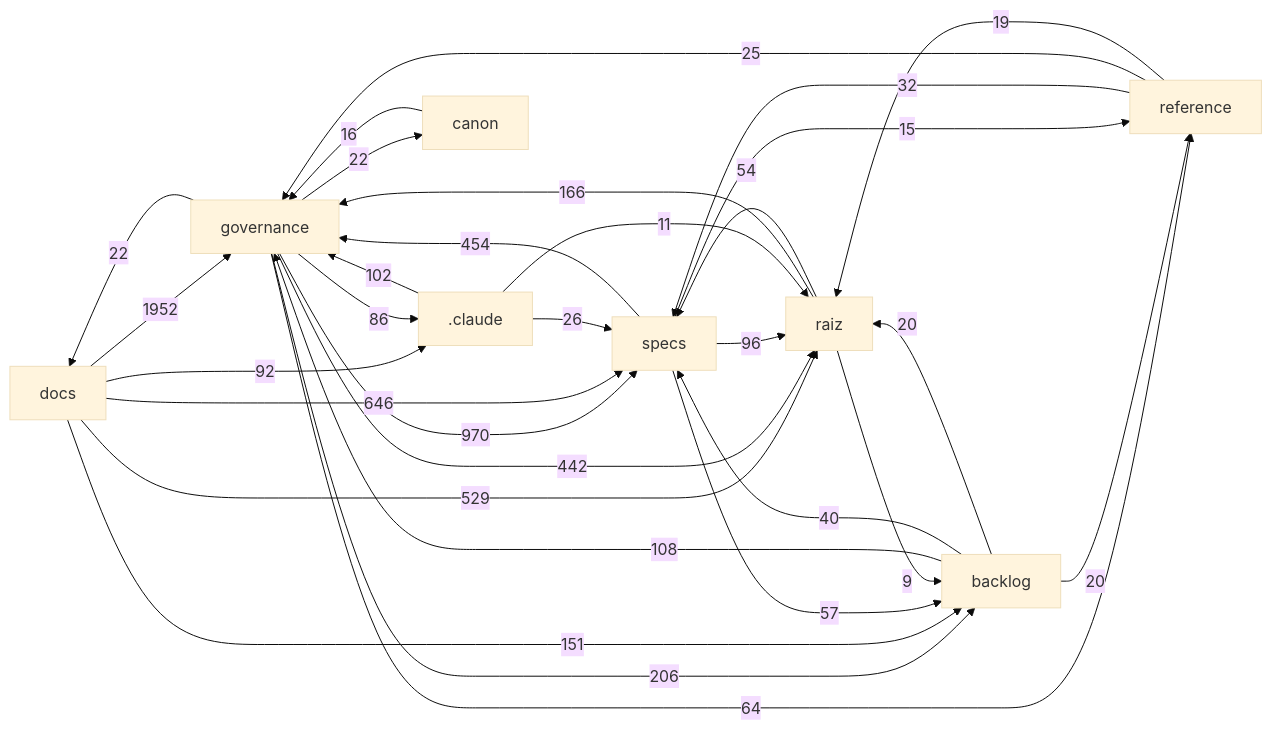
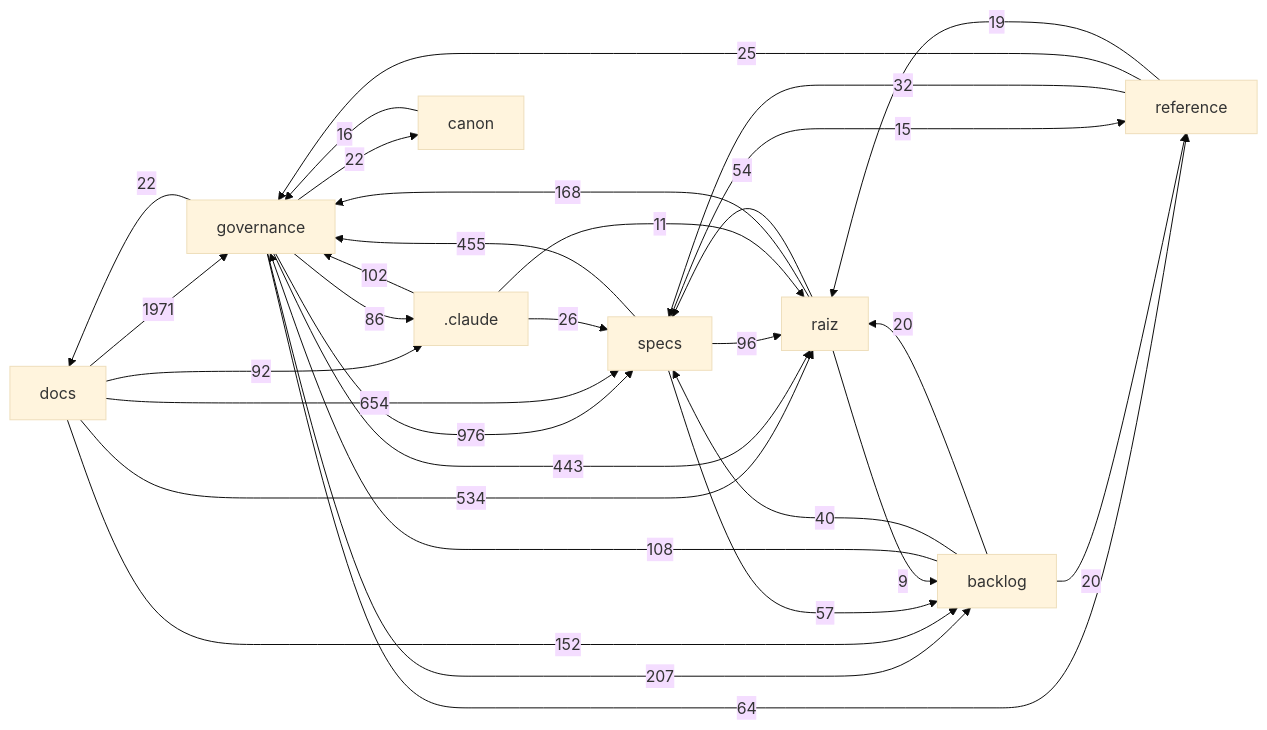
Before and after one commit to Andraus35/Sistema-Operacional-de-Trading--SOT: the diagram in docs/mapa/MAPA-PROJETO.md, drawn with Mermaid (base theme). The commit also changed other lines of this file and 8 other files, not shown here.

First line of the commit message:
DHR-SPEC049-002: homologacao do Plan da SPEC-049 v1.2 (baseline, 3 condicoes); ROADMAP, CATALOGO, plan.md, RPSA; HANDOFF HO-2026-10-31-113

````diff
--- a/docs/mapa/MAPA-PROJETO.md
+++ b/docs/mapa/MAPA-PROJETO.md
@@ -29,33 +29,33 @@
 ```mermaid
 flowchart LR
-  docs["docs"] -->|1952| governance["governance"]
-  governance["governance"] -->|970| specs["specs"]
-  docs["docs"] -->|646| specs["specs"]
-  docs["docs"] -->|529| raiz["raiz"]
-  specs["specs"] -->|454| governance["governance"]
-  governance["governance"] -->|442| raiz["raiz"]
-  governance["governance"] -->|206| backlog["backlog"]
-  raiz["raiz"] -->|166| governance["governance"]
-  docs["docs"] -->|151| backlog["backlog"]
+  docs["docs"] -->|1971| governance["governance"]
+  governance["governance"] -->|976| specs["specs"]
+  docs["docs"] -->|654| specs["specs"]
+  docs["docs"] -->|534| raiz["raiz"]
+  specs["specs"] -->|455| governance["governance"]
+  governance["governance"] -->|443| raiz["raiz"]
+  governance["governance"] -->|207| backlog["backlog"]
+  raiz["raiz"] -->|168| governance["governance"]
+  docs["docs"] -->|152| backlog["backlog"]
   backlog["backlog"] -->|108| governance["governance"]
   _claude[".claude"] -->|102| governance["governance"]
   specs["specs"] -->|96| raiz["raiz"]
   docs["docs"] -->|92| _claude[".claude"]
   governance["governance"] -->|86| _claude[".claude"]
   governance["governance"] -->|64| reference["reference"]
   specs["specs"] -->|57| backlog["backlog"]
   raiz["raiz"] -->|54| specs["specs"]
   backlog["backlog"] -->|40| specs["specs"]
   reference["reference"] -->|32| specs["specs"]
   _claude[".claude"] -->|26| specs["specs"]
   reference["reference"] -->|25| governance["governance"]
   governance["governance"] -->|22| docs["docs"]
   governance["governance"] -->|22| canon["canon"]
   backlog["backlog"] -->|20| raiz["raiz"]
   backlog["backlog"] -->|20| reference["reference"]
   reference["reference"] -->|19| raiz["raiz"]
   canon["canon"] -->|16| governance["governance"]
   specs["specs"] -->|15| reference["reference"]
   _claude[".claude"] -->|11| raiz["raiz"]
   raiz["raiz"] -->|9| backlog["backlog"]
 ```
````
